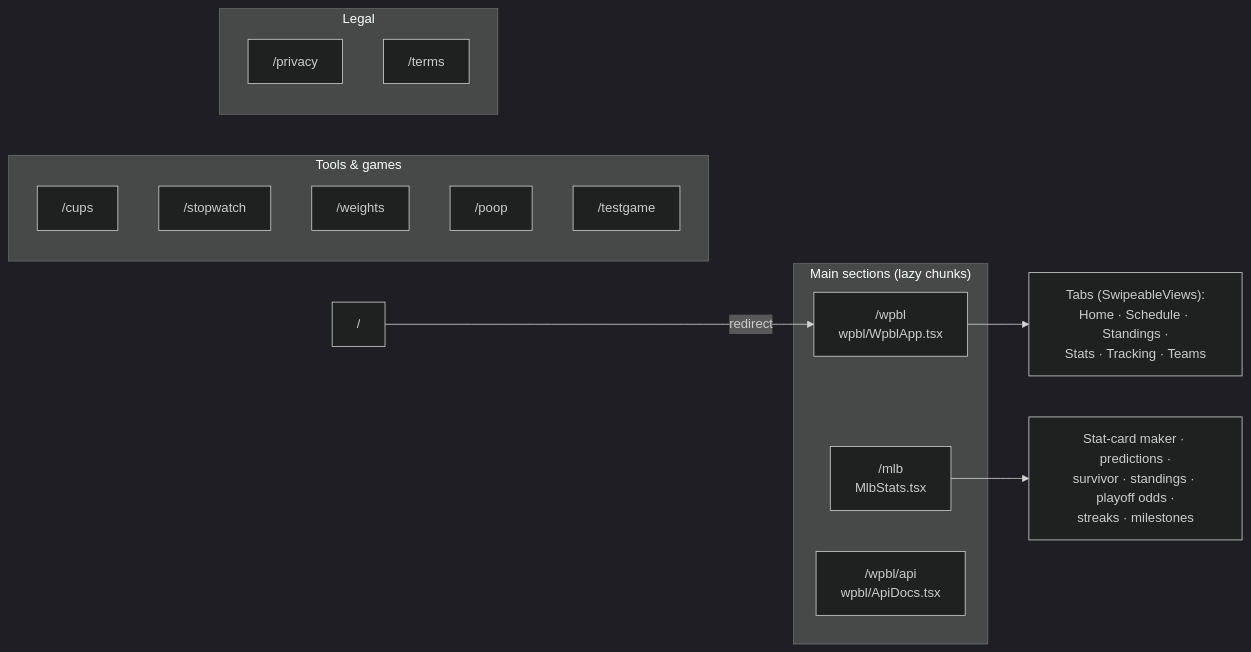
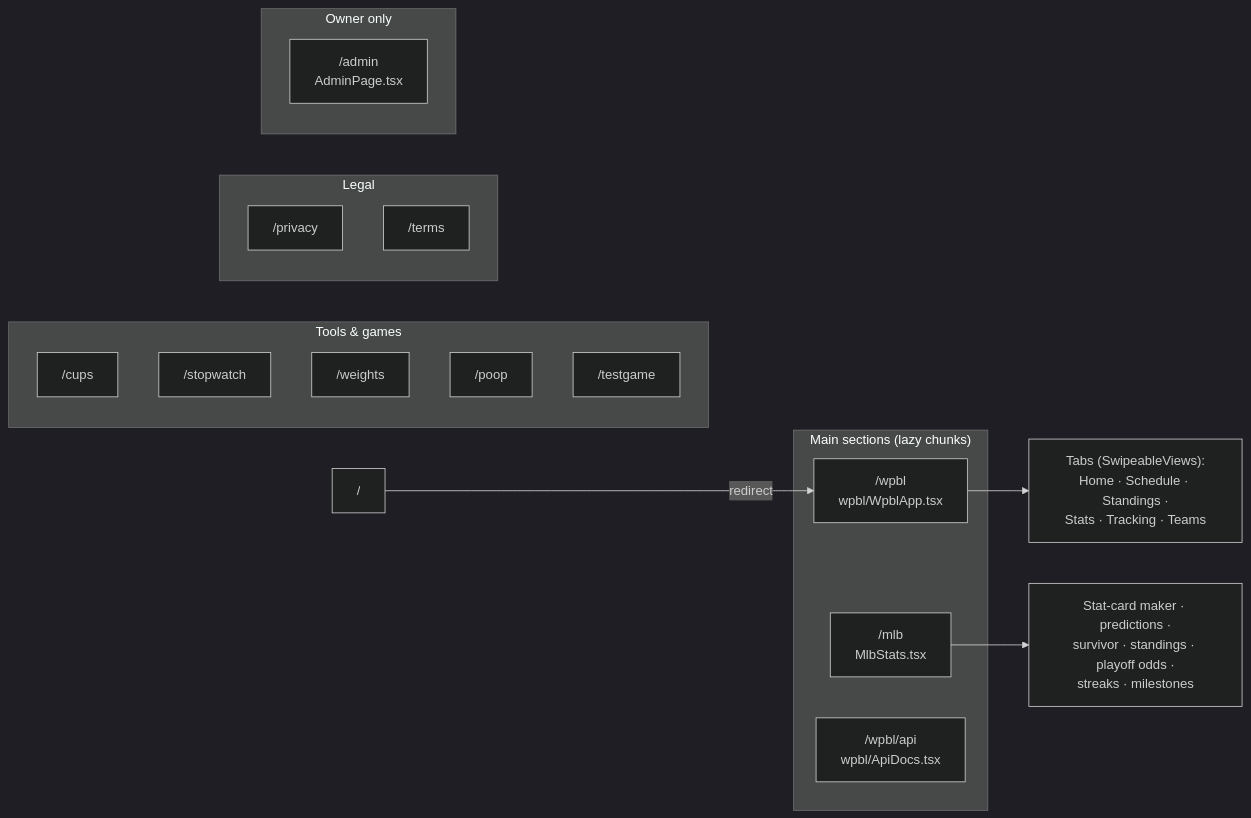
One commit to sportydolphin/fun changed the second of 5 diagrams in ARCHITECTURE.md. Above: the diagram before and after it, drawn with Mermaid (dark theme). The commit also changed other lines of this file and 11 other files, not shown here.

````diff
--- a/ARCHITECTURE.md
+++ b/ARCHITECTURE.md
@@ -93,25 +93,29 @@
 ```mermaid
 flowchart LR
     subgraph Main["Main sections (lazy chunks)"]
         mlb["/mlb<br/>MlbStats.tsx"]
         wpbl["/wpbl<br/>wpbl/WpblApp.tsx"]
         api["/wpbl/api<br/>wpbl/ApiDocs.tsx"]
     end
 
     subgraph Tools["Tools & games"]
         cups["/cups"]
         sw["/stopwatch"]
         wt["/weights"]
         poop["/poop"]
         tg["/testgame"]
     end
 
     subgraph Legal["Legal"]
         priv["/privacy"]
         terms["/terms"]
     end
 
+    subgraph Owner["Owner only"]
+        adm["/admin<br/>AdminPage.tsx"]
+    end
+
     root["/"] -->|redirect| wpbl
     wpbl --> wtabs["Tabs (SwipeableViews):<br/>Home · Schedule · Standings ·<br/>Stats · Tracking · Teams"]
     mlb --> mtabs["Stat-card maker · predictions ·<br/>survivor · standings · playoff odds ·<br/>streaks · milestones"]
 ```
````
